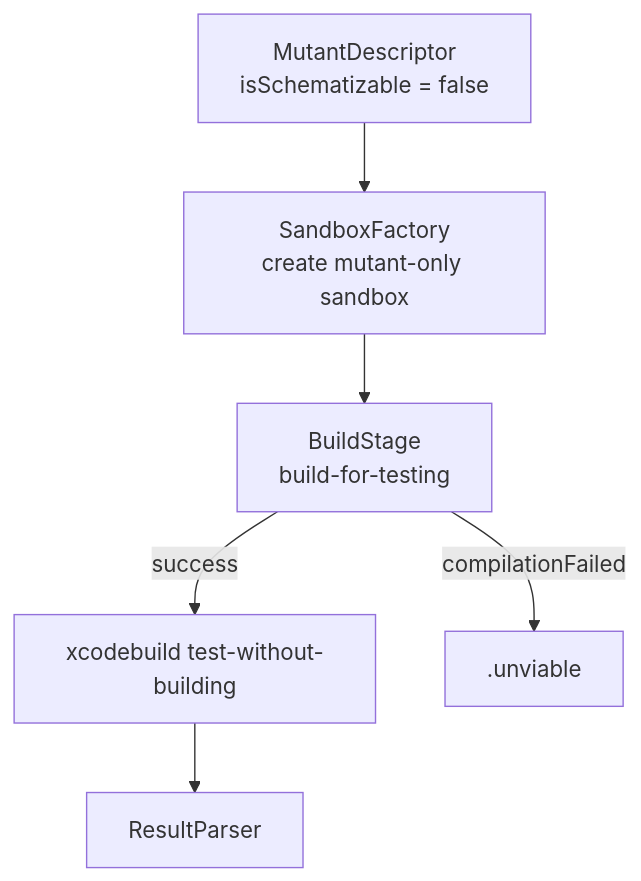
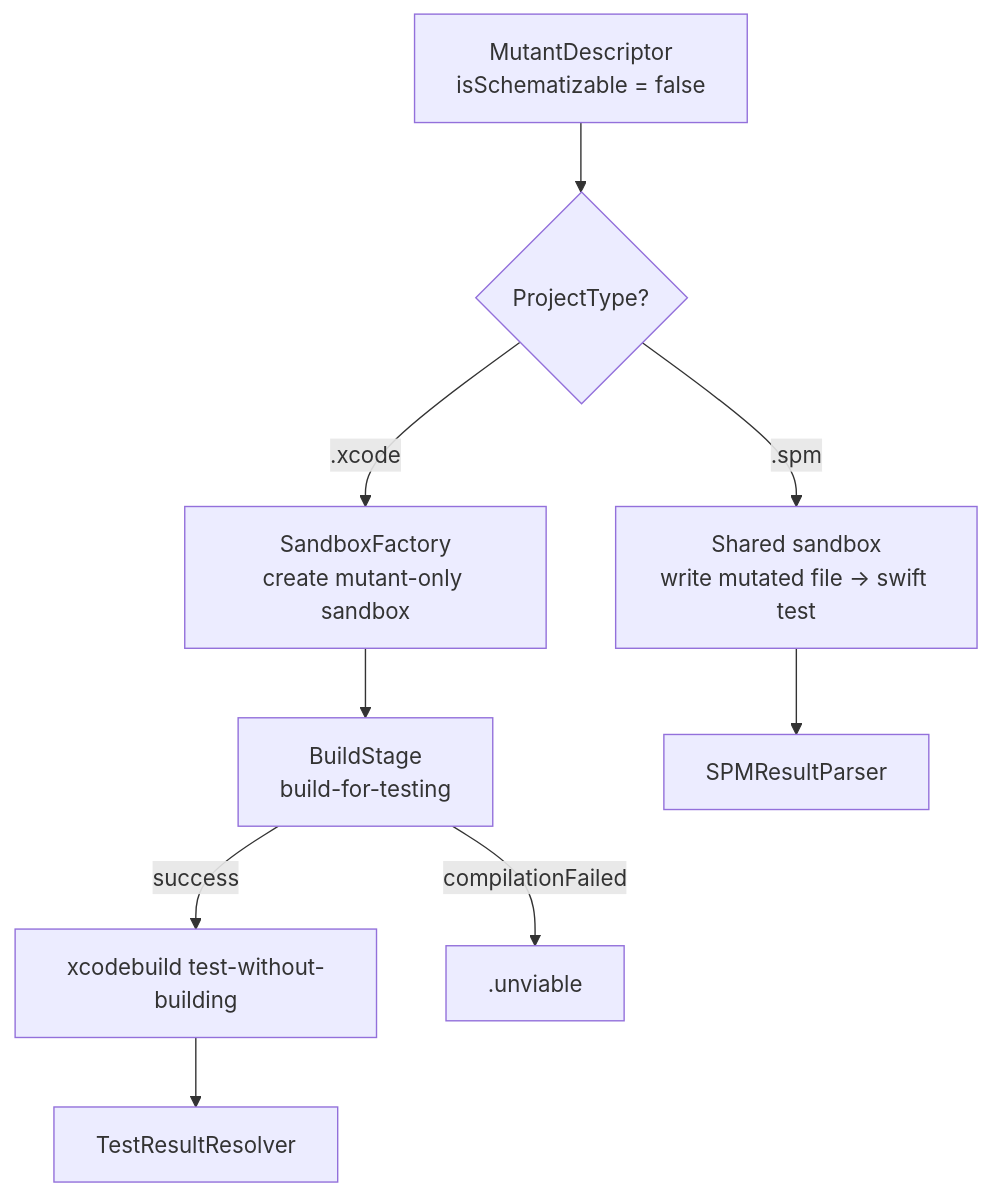
The fifth of 6 diagrams in Docs/Architecture/03-execution.md (ericodx/swift-mutation-testing), drawn with Mermaid before and after one commit. The commit also changed other lines of this file and 5 other files, not shown here.

Commit message:
docs: update architecture documentation

````diff
--- a/Docs/Architecture/03-execution.md
+++ b/Docs/Architecture/03-execution.md
@@ -100,8 +129,11 @@
 ```mermaid
 flowchart TD
-    MUTANT[MutantDescriptor\nisSchematizable = false] --> SF2[SandboxFactory\ncreate mutant-only sandbox]
+    MUTANT[MutantDescriptor\nisSchematizable = false] --> PT{ProjectType?}
+    PT -- .xcode --> SF2[SandboxFactory\ncreate mutant-only sandbox]
     SF2 --> BS2[BuildStage\nbuild-for-testing]
     BS2 -- success --> TE2[xcodebuild test-without-building]
     BS2 -- compilationFailed --> UNVIABLE[.unviable]
-    TE2 --> RP2[ResultParser]
+    TE2 --> RP2[TestResultResolver]
+    PT -- .spm --> SHARED[Shared sandbox\nwrite mutated file → swift test]
+    SHARED --> SPM[SPMResultParser]
 ```
````
